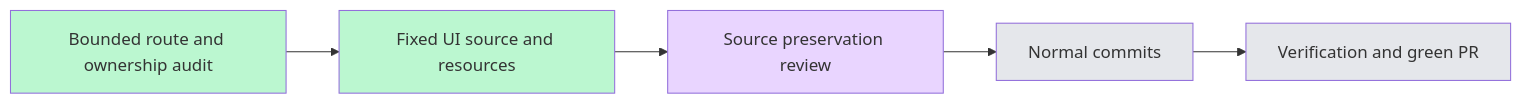
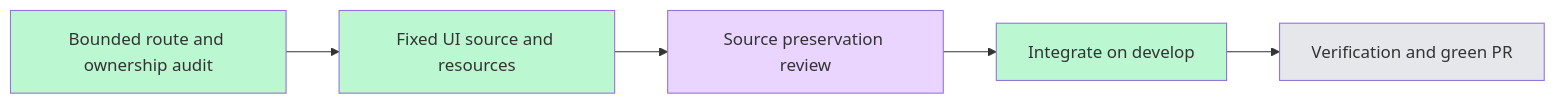
The diagram in docs/design/i18n-blueprints/plan.md (boardx/workspacex), drawn with Mermaid before and after one commit. The commit also changed 5 other files, not shown here.

````diff
--- a/docs/design/i18n-blueprints/plan.md
+++ b/docs/design/i18n-blueprints/plan.md
@@ -5,7 +5,7 @@
 ```mermaid
 flowchart LR
-  A[Bounded route and ownership audit]:::done --> B[Fixed UI source and resources]:::done --> C[Source preservation review]:::reviewed --> D[Normal commits]:::pending --> E[Verification and green PR]:::pending
+  A[Bounded route and ownership audit]:::done --> B[Fixed UI source and resources]:::done --> C[Source preservation review]:::reviewed --> D[Integrate on develop]:::done --> E[Verification and green PR]:::pending
   classDef done fill:#bbf7d0
   classDef reviewed fill:#e9d5ff
   classDef pending fill:#e5e7eb
 ```
````
